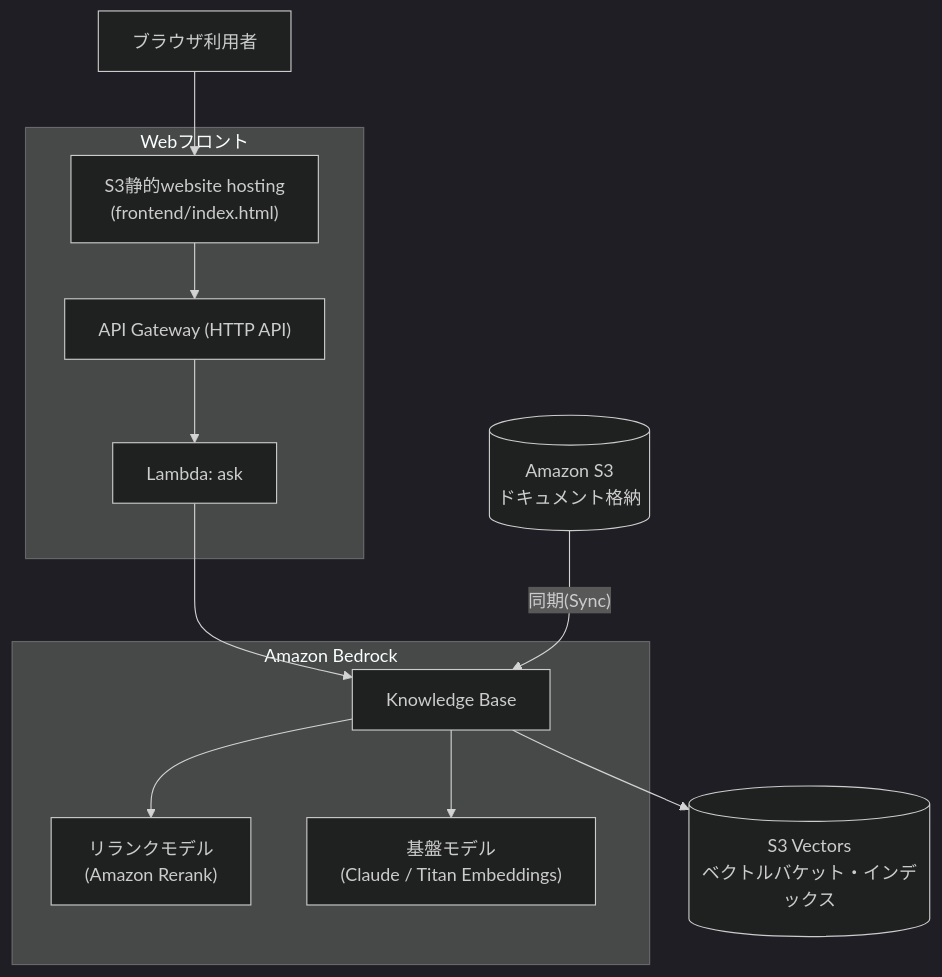
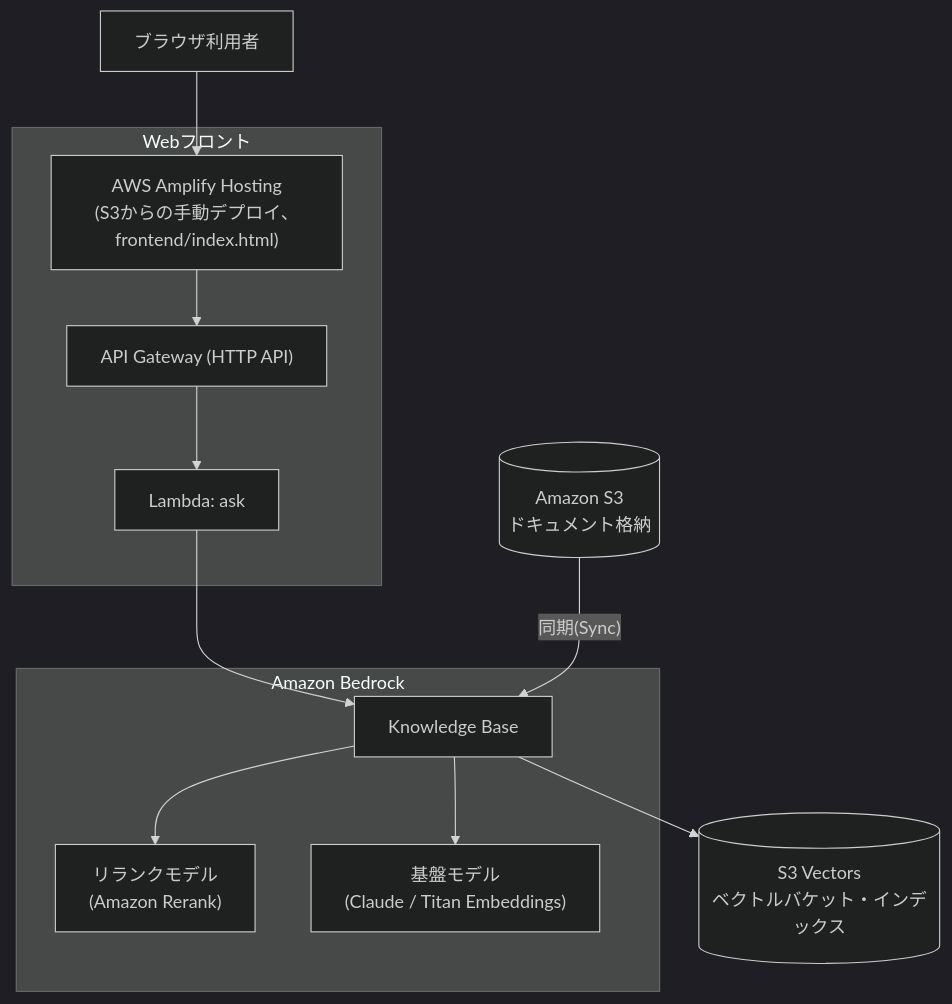
One commit to TetsuSuzu/quest-aws-chatbot-basic changed the diagram in README.md. Above: the diagram before and after it, drawn with Mermaid (dark theme). The commit also changed other lines of this file and 5 other files, not shown here.

````diff
--- a/README.md
+++ b/README.md
@@ -21,25 +21,25 @@
 ```mermaid
 flowchart TB
     WebUser["ブラウザ利用者"]
 
     subgraph WebFront["Webフロント"]
-        S3Front["S3静的website hosting\n(frontend/index.html)"]
+        AmplifyFront["AWS Amplify Hosting\n(S3からの手動デプロイ、frontend/index.html)"]
         APIGW["API Gateway (HTTP API)"]
         Lambda["Lambda: ask"]
     end
 
     subgraph BedrockBox["Amazon Bedrock"]
         KB["Knowledge Base"]
         Rerank["リランクモデル\n(Amazon Rerank)"]
         Model["基盤モデル\n(Claude / Titan Embeddings)"]
     end
 
     S3Docs[("Amazon S3\nドキュメント格納")]
     S3V[("S3 Vectors\nベクトルバケット・インデックス")]
 
-    WebUser --> S3Front --> APIGW --> Lambda --> KB
+    WebUser --> AmplifyFront --> APIGW --> Lambda --> KB
     KB --> Rerank
     S3Docs -- "同期(Sync)" --> KB
     KB --> S3V
     KB --> Model
 ```
````
